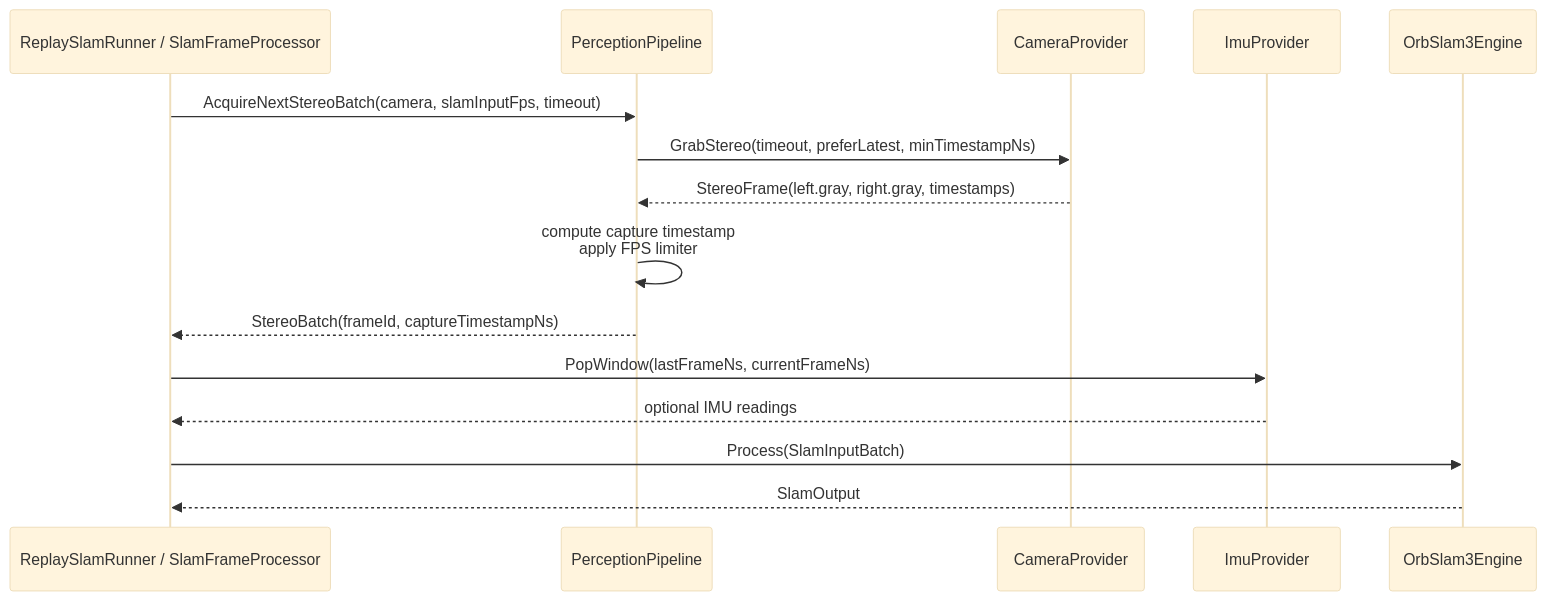
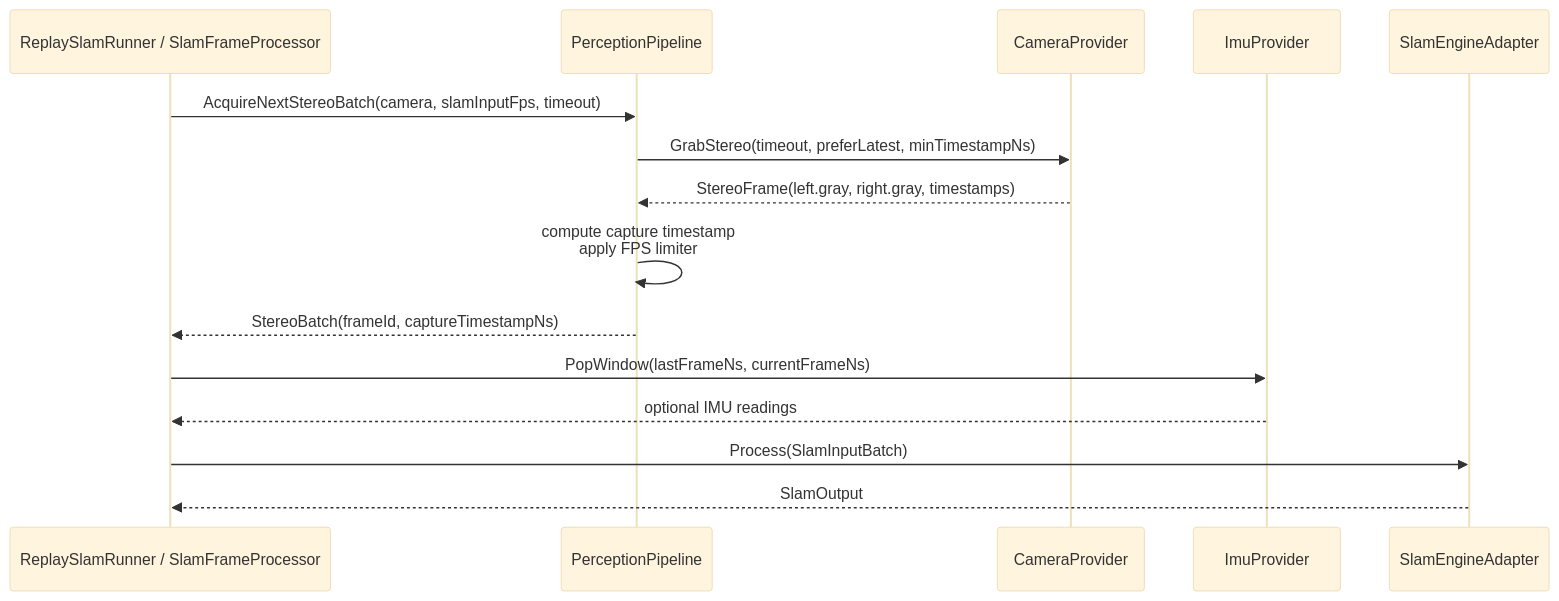
One commit to litingzhang/SmartDrone changed the second of 4 diagrams in docs/orb_mode_flow.md. Above: the diagram before and after it, drawn with Mermaid (base theme). The commit also changed other lines of this file and 356 other files, not shown here.

Commit message:
Refactor SLAM backends and absorb ORB-SLAM3 modules

````diff
--- a/docs/orb_mode_flow.md
+++ b/docs/orb_mode_flow.md
@@ -64,18 +65,18 @@
 ```mermaid
 sequenceDiagram
     participant Runner as ReplaySlamRunner / SlamFrameProcessor
     participant Pipe as PerceptionPipeline
     participant Cam as CameraProvider
     participant IMU as ImuProvider
-    participant SLAM as OrbSlam3Engine
+    participant SLAM as SlamEngineAdapter
 
     Runner->>Pipe: AcquireNextStereoBatch(camera, slamInputFps, timeout)
     Pipe->>Cam: GrabStereo(timeout, preferLatest, minTimestampNs)
     Cam-->>Pipe: StereoFrame(left.gray, right.gray, timestamps)
     Pipe->>Pipe: compute capture timestamp<br/>apply FPS limiter
     Pipe-->>Runner: StereoBatch(frameId, captureTimestampNs)
     Runner->>IMU: PopWindow(lastFrameNs, currentFrameNs)
     IMU-->>Runner: optional IMU readings
     Runner->>SLAM: Process(SlamInputBatch)
     SLAM-->>Runner: SlamOutput
 ```
````
